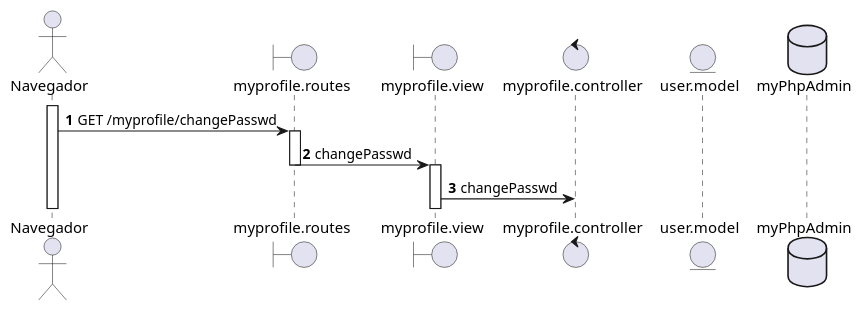
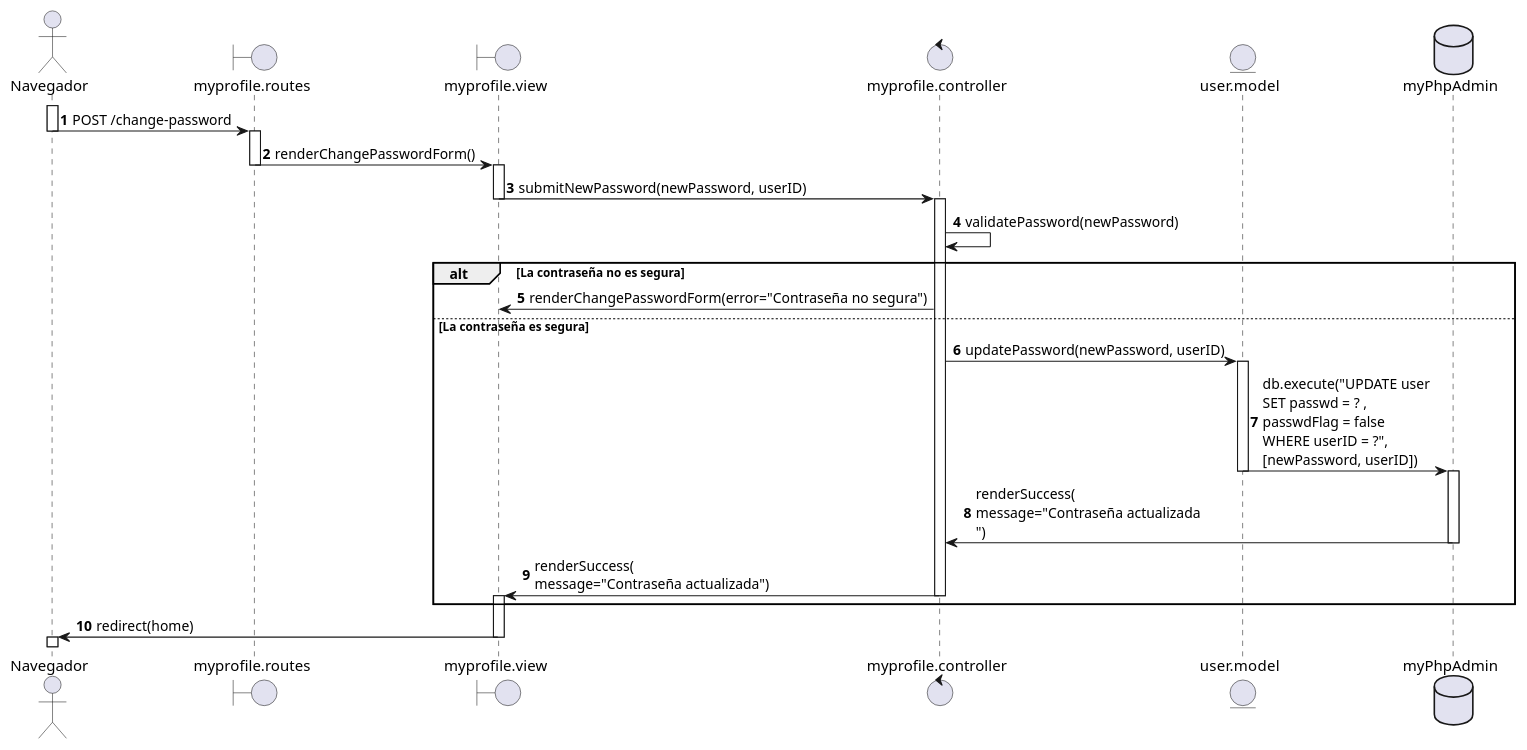
Before and after one commit to EdCanCe/WorkCells: the diagram in diagrams/Casos de Uso/Mauricio/diagrama de secuencia/CU09.puml, drawn with PlantUML.

Commit message:
Diagrama de secuencia CU09 - hecho

```diff
--- a/diagrams/Casos de Uso/Mauricio/diagrama de secuencia/CU09.puml
+++ b/diagrams/Casos de Uso/Mauricio/diagrama de secuencia/CU09.puml
@@ -1,24 +1,52 @@
-@startuml CU09 - Colaborador modifica contraseña temporal - Diagrama de secuencia
+@startuml CU09 - Cambio de contraseña temporal - Diagrama de secuencia
+
 actor Navegador
 boundary "myprofile.routes" as Routes
 boundary "myprofile.view" as View
 control "myprofile.controller" as Controller
 entity "user.model" as Model
 database "myPhpAdmin" as DB
 
 autonumber
 
+' El navegador envía una solicitud POST para cambiar la contraseña
 activate Navegador
-Navegador -> Routes : GET /myprofile/changePasswd
+Navegador -> Routes : POST /change-password
+deactivate Navegador
 
-
-
+' La ruta redirige a la vista del formulario
 activate Routes
-Routes -> View : changePasswd
+Routes -> View : renderChangePasswordForm()
 deactivate Routes
 
+' El usuario interactúa con la vista: ingresa la nueva contraseña
 activate View
-View -> Controller : changePasswd
+View -> Controller : submitNewPassword(newPassword, userID)
+deactivate View
 
+' El controlador valida la contraseña en el servidor
+activate Controller
+Controller -> Controller : validatePassword(newPassword)
+alt La contraseña no es segura
+    Controller -> View : renderChangePasswordForm(error="Contraseña no segura")
+else La contraseña es segura
+    ' Se aplica el hash internamente antes de actualizar la contraseña en la base de datos.
+    Controller -> Model : updatePassword(newPassword, userID)
+    activate Model
+    Model -> DB : db.execute("UPDATE user\nSET passwd = ? ,\npasswdFlag = false\nWHERE userID = ?",\n[newPassword, userID])
+    deactivate Model
+    activate DB
+    DB -> Controller : renderSuccess(\nmessage="Contraseña actualizada\n")
+    deactivate DB
+    deactivate Model
+    Controller -> View : renderSuccess(\nmessage="Contraseña actualizada")
+    deactivate Controller
+    activate View
+end
+
+' La vista renderiza el resultado y lo devuelve al navegador
+View -> Navegador : redirect(home)
+deactivate View
+activate Navegador
 
 @enduml
```
